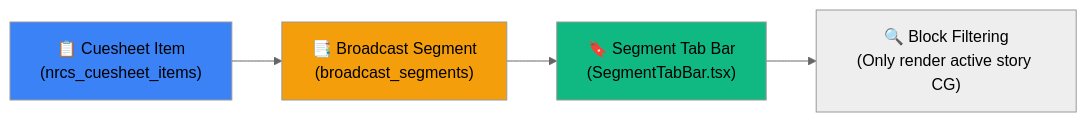
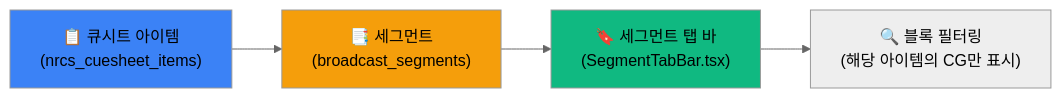
One commit to gkisanet/webcg-k changed the sixth of 6 diagrams in webcg-k/docs/guide/NRCS_CUESHEET_WORKFLOW.md. Above: the diagram before and after it, drawn with Mermaid (neutral theme). The commit also changed other lines of this file and 155 other files, not shown here.

````diff
--- a/webcg-k/docs/guide/NRCS_CUESHEET_WORKFLOW.md
+++ b/webcg-k/docs/guide/NRCS_CUESHEET_WORKFLOW.md
@@ -480,10 +481,10 @@
 ```mermaid
 flowchart LR
-    CI["📋 Cuesheet Item<br/>(nrcs_cuesheet_items)"] --> SEG["📑 Broadcast Segment<br/>(broadcast_segments)"]
-    SEG --> TAB["🔖 Segment Tab Bar<br/>(SegmentTabBar.tsx)"]
-    TAB --> FILTER["🔍 Block Filtering<br/>(Only render active story CG)"]
+    CI["📋 큐시트 아이템<br/>(nrcs_cuesheet_items)"] --> SEG["📑 세그먼트<br/>(broadcast_segments)"]
+    SEG --> TAB["🔖 세그먼트 탭 바<br/>(SegmentTabBar.tsx)"]
+    TAB --> FILTER["🔍 블록 필터링<br/>(해당 아이템의 CG만 표시)"]
 
     style CI fill:#3b82f6
     style SEG fill:#f59e0b
     style TAB fill:#10b981
 ```
````
